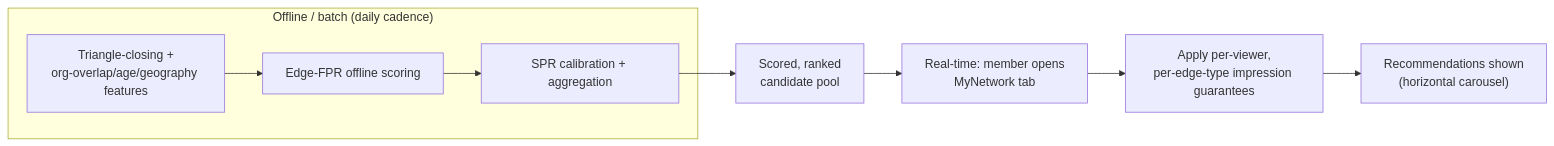
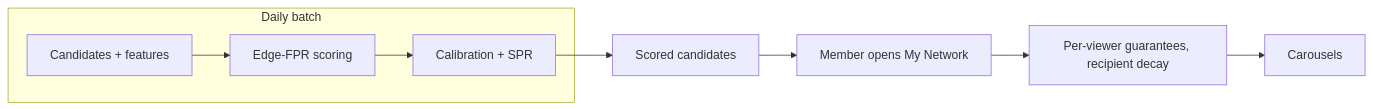
One commit to romancobblepot/AI-system-design-primer changed the sixth of 6 diagrams in case-studies/pymk-friend-recommendation/README.md. Above: the diagram before and after it, drawn with Mermaid. The commit also changed other lines of this file and 49 other files, not shown here.

````diff
--- a/case-studies/pymk-friend-recommendation/README.md
+++ b/case-studies/pymk-friend-recommendation/README.md
@@ -369,11 +307,11 @@
 ```mermaid
 flowchart LR
-    subgraph Offline["Offline / batch (daily cadence)"]
-        TC["Triangle-closing +\norg-overlap/age/geography features"] --> EFPR["Edge-FPR offline scoring"]
-        EFPR --> SPR2["SPR calibration + aggregation"]
+    subgraph Daily["Daily batch"]
+        TC["Candidates + features"] --> EFPR["Edge-FPR scoring"]
+        EFPR --> SPR2["Calibration + SPR"]
     end
-    SPR2 --> Store["Scored, ranked\ncandidate pool"]
-    Store --> RT["Real-time: member opens\nMyNetwork tab"]
-    RT --> Guard["Apply per-viewer,\nper-edge-type impression guarantees"]
-    Guard --> Show["Recommendations shown\n(horizontal carousel)"]
+    SPR2 --> STORE["Scored candidates"]
+    STORE --> RT["Member opens My Network"]
+    RT --> RULES["Per-viewer guarantees, recipient decay"]
+    RULES --> SHOW["Carousels"]
 ```
````
